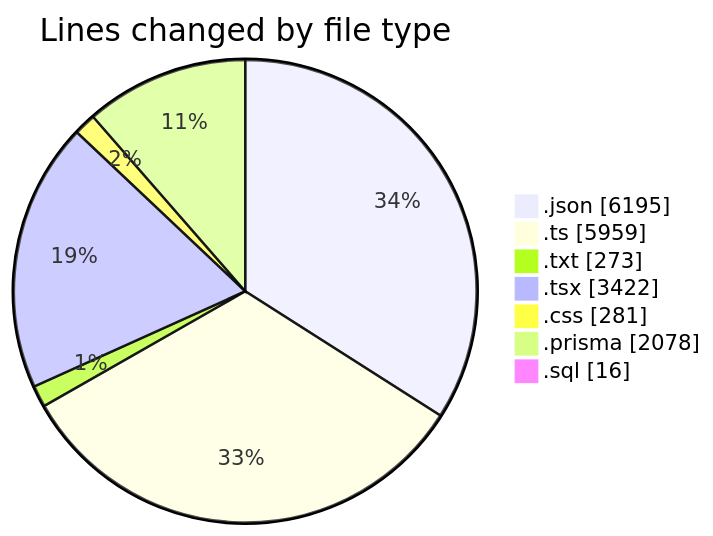
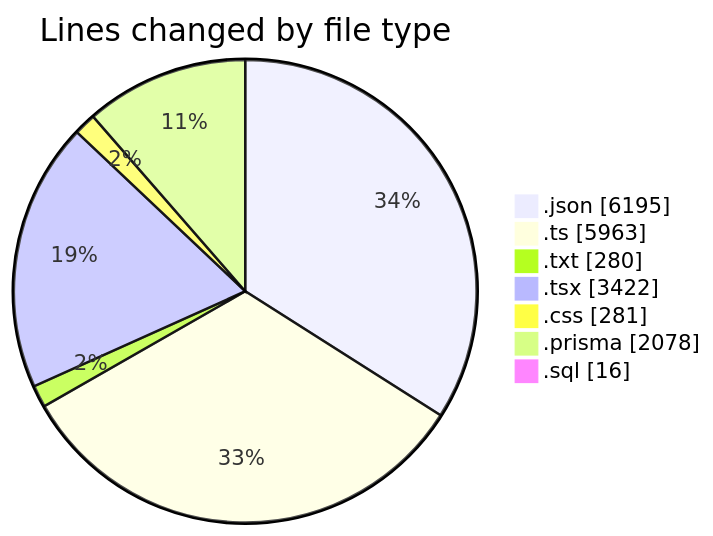
Before and after one commit to CELIANVF/code-tracking: the first of 2 diagrams in 2025-05-27/ecodeli-1/README.md, drawn with Mermaid. The commit also changed other lines of this file and 1 other file, not shown here.

````diff
--- a/2025-05-27/ecodeli-1/README.md
+++ b/2025-05-27/ecodeli-1/README.md
@@ -46,11 +46,11 @@
 ```mermaid
 pie showData
 title Lines changed by file type
 ".json" : 6195
-".ts" : 5959
-".txt" : 273
+".ts" : 5963
+".txt" : 280
 ".tsx" : 3422
 ".css" : 281
 ".prisma" : 2078
 ".sql" : 16
 ```
````
